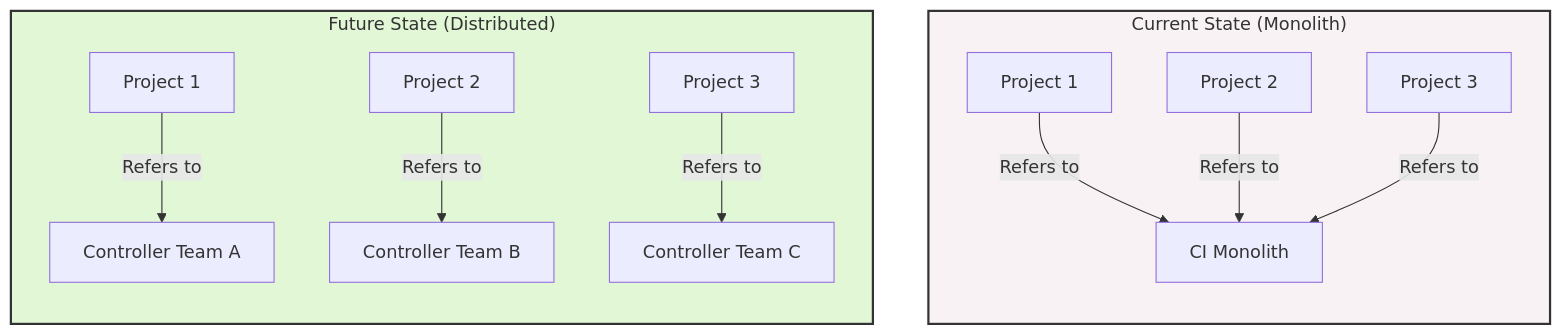
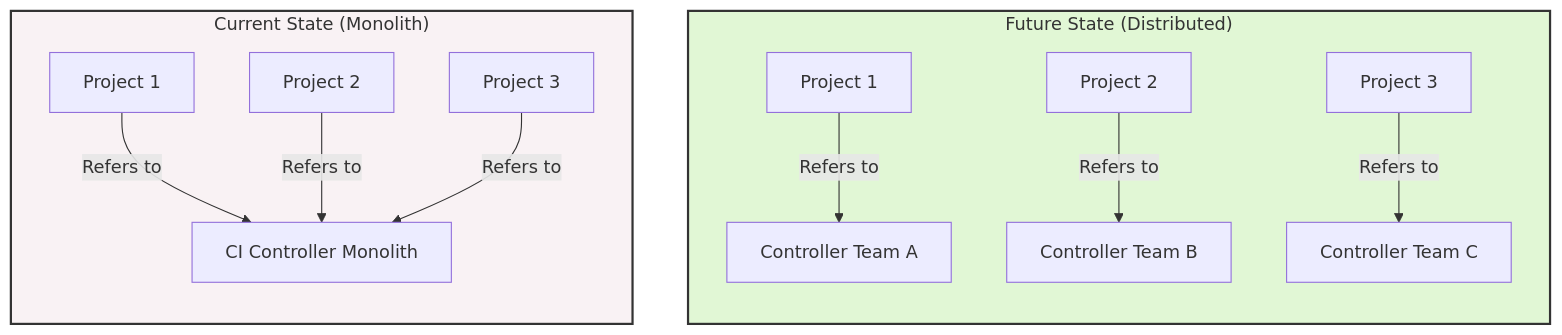
One commit to cb-ci/gitlab-cli-manage-hooks changed the first of 2 diagrams in README.md. Above: the diagram before and after it, drawn with Mermaid. The commit also changed other lines of this file, not shown here.

````diff
--- a/README.md
+++ b/README.md
@@ -16,30 +16,31 @@
 ```mermaid
 flowchart TD
-    subgraph Current ["Current State (Monolith)"]
-        direction TB
-        M_P1[Project 1]
-        M_P2[Project 2]
-        M_P3[Project 3]
-        Monolith[CI Monolith]
-        
-        M_P1 & M_P2 & M_P3 -->|Refers to| Monolith
-    end
 
     subgraph Future ["Future State (Distributed)"]
         direction TB
         F_P1[Project 1]
         F_P2[Project 2]
         F_P3[Project 3]
         
         C1[Controller Team A]
         C2[Controller Team B]
         C3[Controller Team C]
         
         F_P1 -->|Refers to| C1
         F_P2 -->|Refers to| C2
         F_P3 -->|Refers to| C3
     end
+
+    subgraph Current ["Current State (Monolith)"]
+        direction TB
+        M_P1[Project 1]
+        M_P2[Project 2]
+        M_P3[Project 3]
+        Monolith[CI Controller Monolith]
+        
+        M_P1 & M_P2 & M_P3 -->|Refers to| Monolith
+    end
     
     style Current fill:#f9f2f4,stroke:#333,stroke-width:2px
     style Future fill:#e1f7d5,stroke:#333,stroke-width:2px
 ```
````
